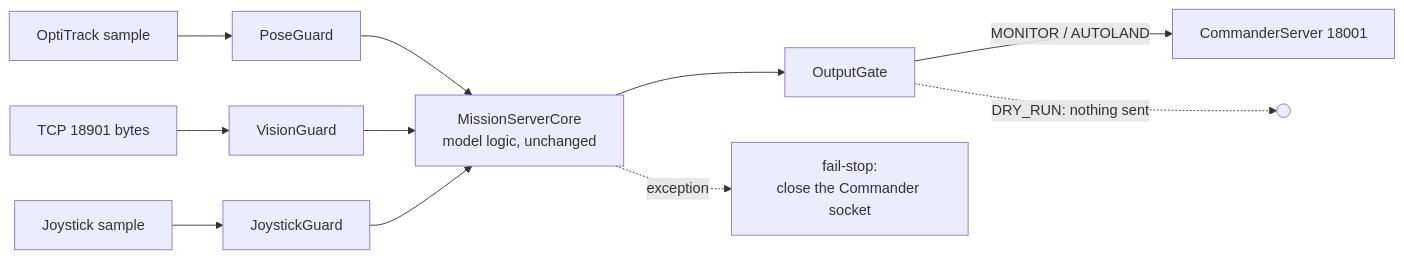
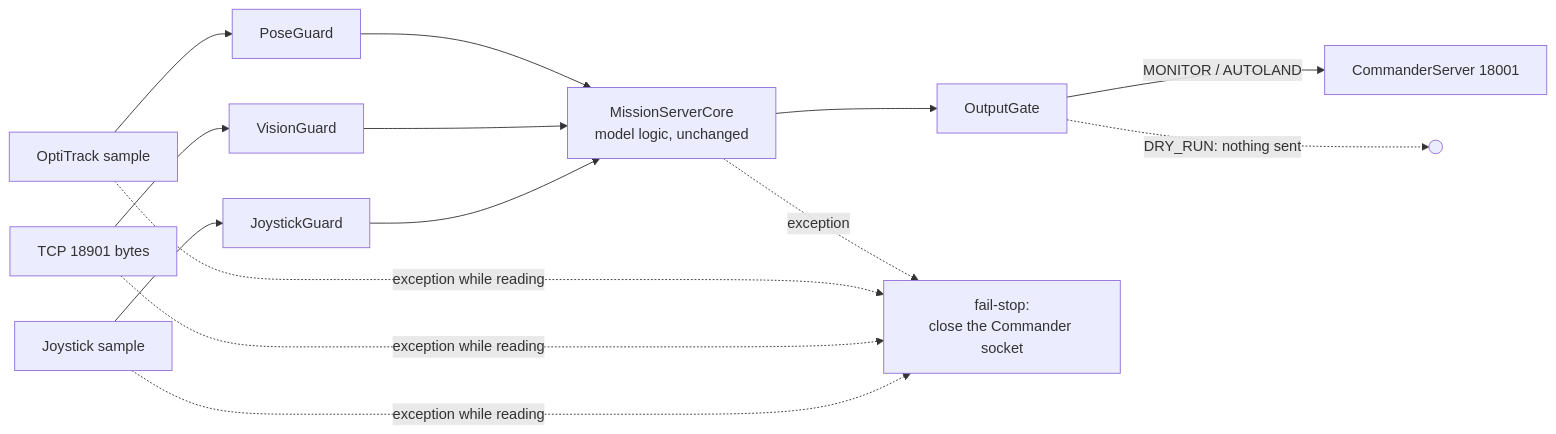
Before and after one commit to arman-dogru/quanser_python_auto: the diagram in docs/SAFETY.md, drawn with Mermaid. The commit also changed other lines of this file and 11 other files, not shown here.

````diff
--- a/docs/SAFETY.md
+++ b/docs/SAFETY.md
@@ -8,11 +8,12 @@
 ```mermaid
 flowchart LR
     O[OptiTrack sample] --> PG[PoseGuard]
     V[TCP 18901 bytes] --> VG[VisionGuard]
     J[Joystick sample] --> JG[JoystickGuard]
     PG & VG & JG --> CORE[MissionServerCore<br/>model logic, unchanged]
     CORE --> OG[OutputGate]
     OG -->|"MONITOR / AUTOLAND"| S[CommanderServer 18001]
     OG -.->|"DRY_RUN: nothing sent"| X(( ))
     CORE -. exception .-> FS[fail-stop:<br/>close the Commander socket]
+    O & V & J -. exception while reading .-> FS
 ```
````
